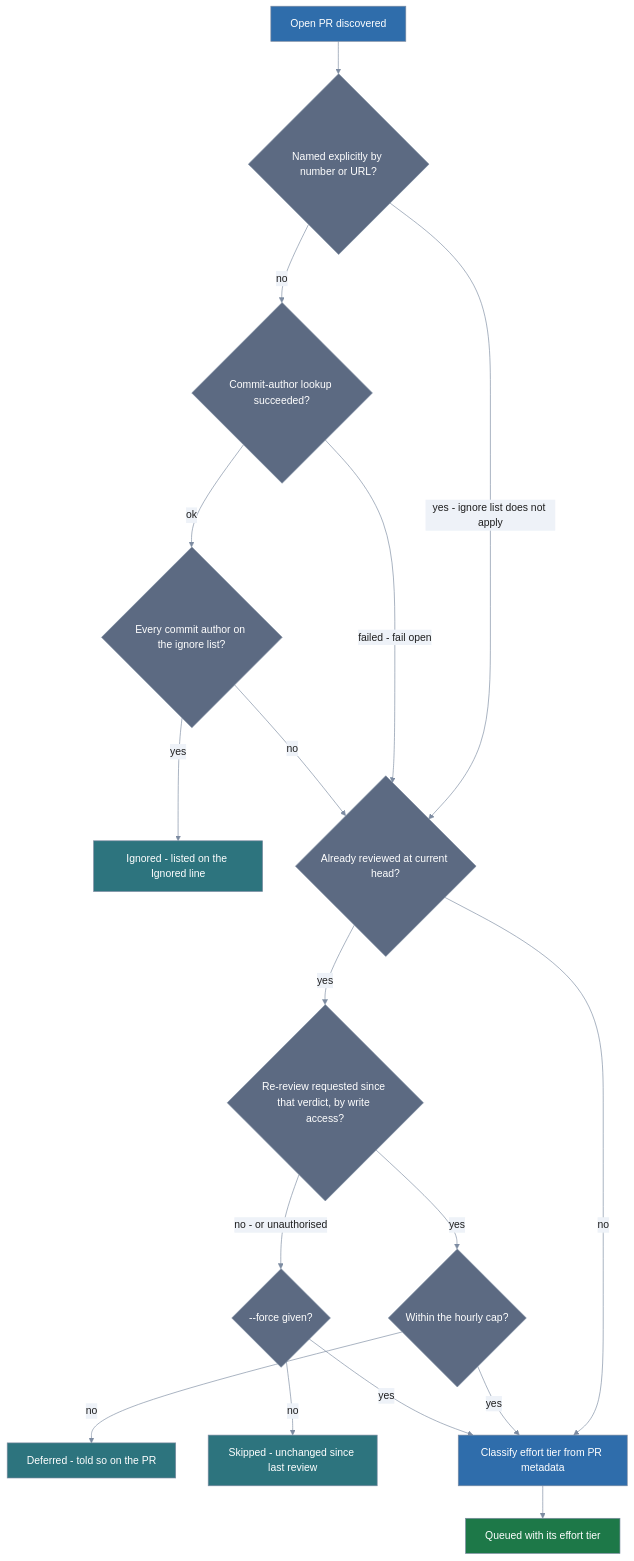
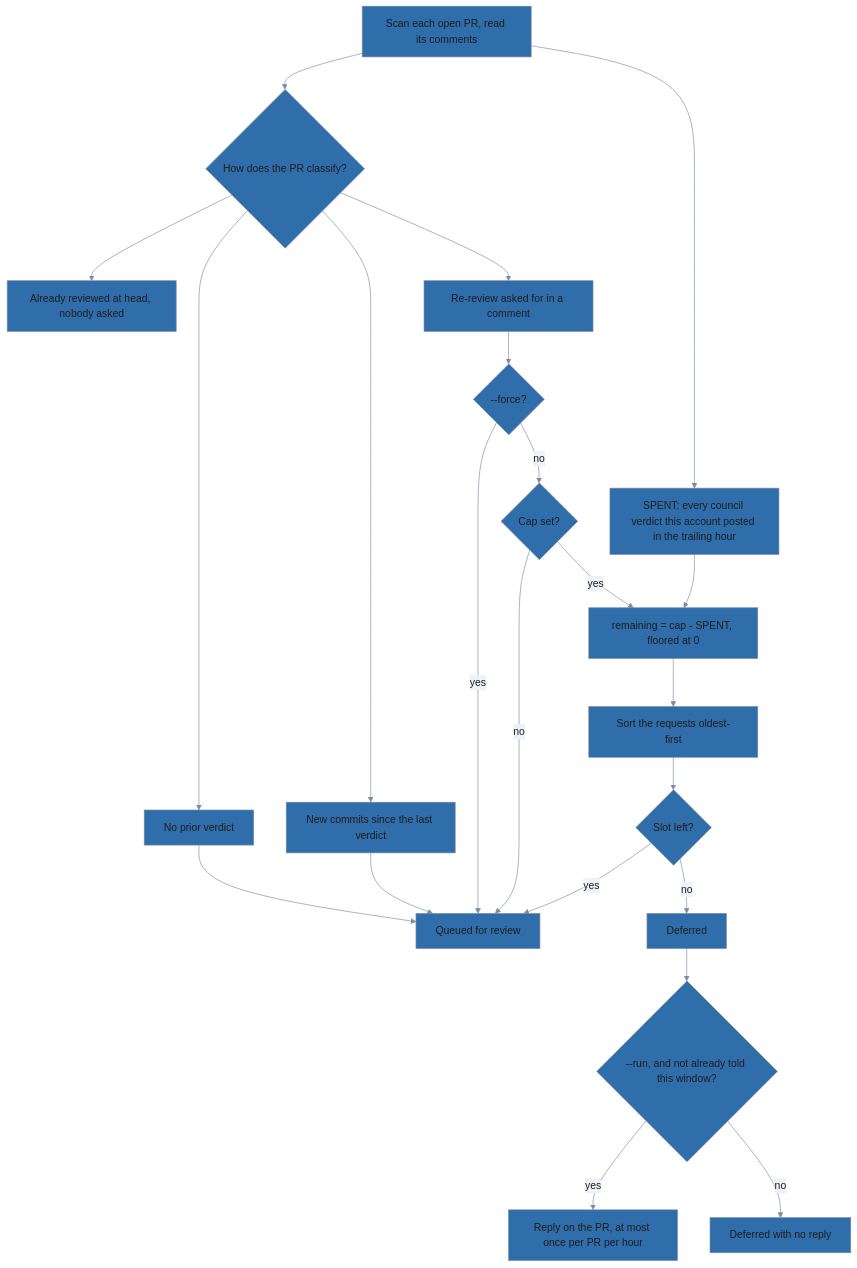
The diagram in docs/batch-reviewing-prs.md (lolables/lola-mod-review-council), drawn with Mermaid before and after one commit. The commit also changed other lines of this file and 16 other files, not shown here.

````diff
--- a/docs/batch-reviewing-prs.md
+++ b/docs/batch-reviewing-prs.md
@@ -53,58 +172,53 @@
 ```mermaid
 %%{init: {'theme': 'base', 'themeVariables': {
   'primaryColor': '#2f6dab',
   'primaryTextColor': '#1e1e1e',
   'primaryBorderColor': '#7c8ba1',
   'lineColor': '#7c8ba1',
   'edgeLabelBackground': '#eef2f8',
   'tertiaryColor': 'transparent',
   'tertiaryTextColor': '#7c8ba1',
   'tertiaryBorderColor': '#7c8ba1',
   'clusterBkg': 'transparent',
   'clusterBorder': '#7c8ba1',
   'titleColor': '#7c8ba1',
   'noteBkgColor': '#eef2f8',
   'noteTextColor': '#1e1e1e',
   'fontFamily': 'system-ui, sans-serif'
 }, 'themeCSS': '.node .nodeLabel{color:#ffffff!important;fill:#ffffff!important;}'}}%%
 flowchart TD
-  pr["Open PR discovered"]
-  named{"Named explicitly by number or URL?"}
-  lookup{"Commit-author lookup succeeded?"}
-  bots{"Every commit author on the ignore list?"}
-  ignored["Ignored - listed on the Ignored line"]
-  seen{"Already reviewed at current head?"}
-  asked{"Re-review requested since that verdict, by write access?"}
-  cap{"Within the hourly cap?"}
-  deferred["Deferred - told so on the PR"]
-  forced{"--force given?"}
-  skipped["Skipped - unchanged since last review"]
-  tier["Classify effort tier from PR metadata"]
-  queued["Queued with its effort tier"]
+  scan["Scan each open PR, read its comments"]
+  spent["SPENT: every council verdict this account posted in the trailing hour"]
+  cls{"How does the PR classify?"}
+  unrev["No prior verdict"]
+  stale["New commits since the last verdict"]
+  skip["Already reviewed at head, nobody asked"]
+  req["Re-review asked for in a comment"]
+  force{"--force?"}
+  capset{"Cap set?"}
+  remaining["remaining = cap - SPENT, floored at 0"]
+  order["Sort the requests oldest-first"]
+  admit{"Slot left?"}
+  queued["Queued for review"]
+  defer["Deferred"]
+  told{"--run, and not already told this window?"}
+  reply["Reply on the PR, at most once per PR per hour"]
+  silent["Deferred with no reply"]
 
-  pr --> named
-  named -->|yes - ignore list does not apply| seen
-  named -->|no| lookup
-  lookup -->|failed - fail open| seen
-  lookup -->|ok| bots
-  bots -->|yes| ignored
-  bots -->|no| seen
-  seen -->|yes| asked
-  seen -->|no| tier
-  asked -->|yes| cap
-  asked -->|no - or unauthorised| forced
-  cap -->|yes| tier
-  cap -->|no| deferred
-  forced -->|yes| tier
-  forced -->|no| skipped
-  tier --> queued
-
-  classDef sysA fill:#2f6dab,color:#ffffff,stroke:#7c8ba1
-  classDef sysB fill:#1d7848,color:#ffffff,stroke:#7c8ba1
-  classDef sysD fill:#2d747e,color:#ffffff,stroke:#7c8ba1
-  classDef sysF fill:#5c6a82,color:#ffffff,stroke:#7c8ba1
-  class pr,tier sysA
-  class queued sysB
-  class ignored,skipped,deferred sysD
-  class named,lookup,bots,seen,asked,cap,forced sysF
+  scan --> spent
+  scan --> cls
+  cls --> unrev --> queued
+  cls --> stale --> queued
+  cls --> skip
+  cls --> req --> force
+  force -->|yes| queued
+  force -->|no| capset
+  capset -->|no| queued
+  capset -->|yes| remaining
+  spent --> remaining
+  remaining --> order --> admit
+  admit -->|yes| queued
+  admit -->|no| defer --> told
+  told -->|yes| reply
+  told -->|no| silent
 ```
````
